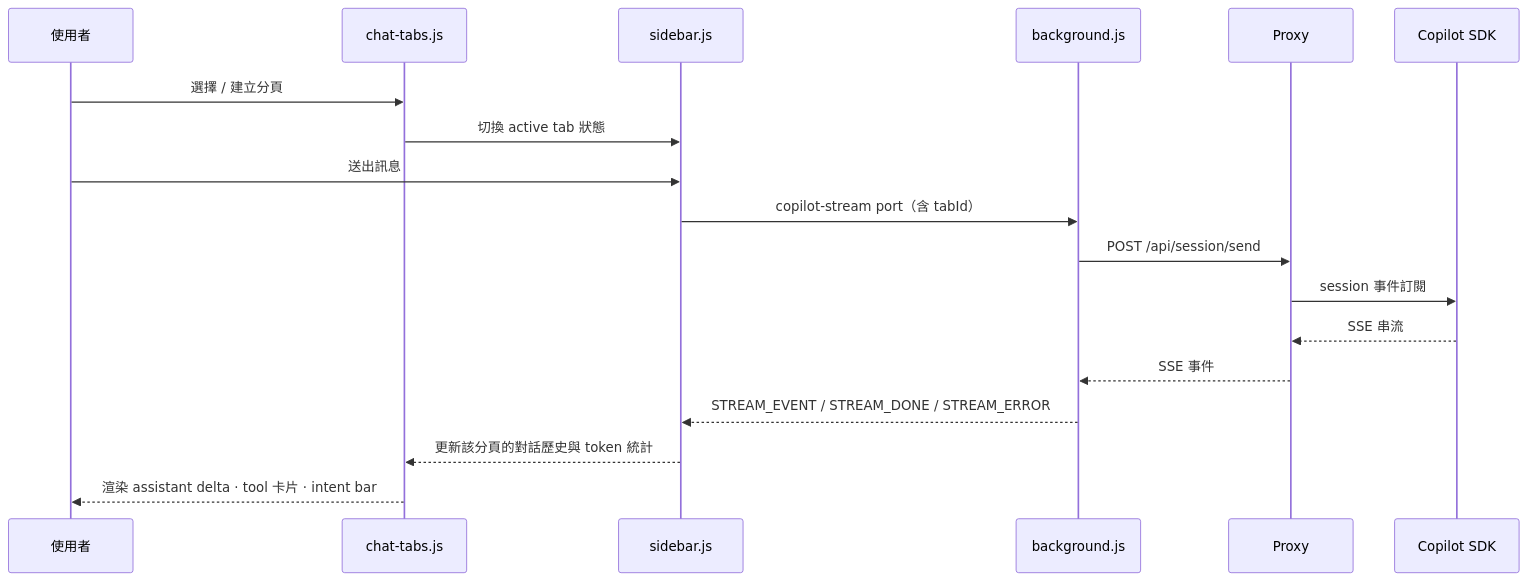
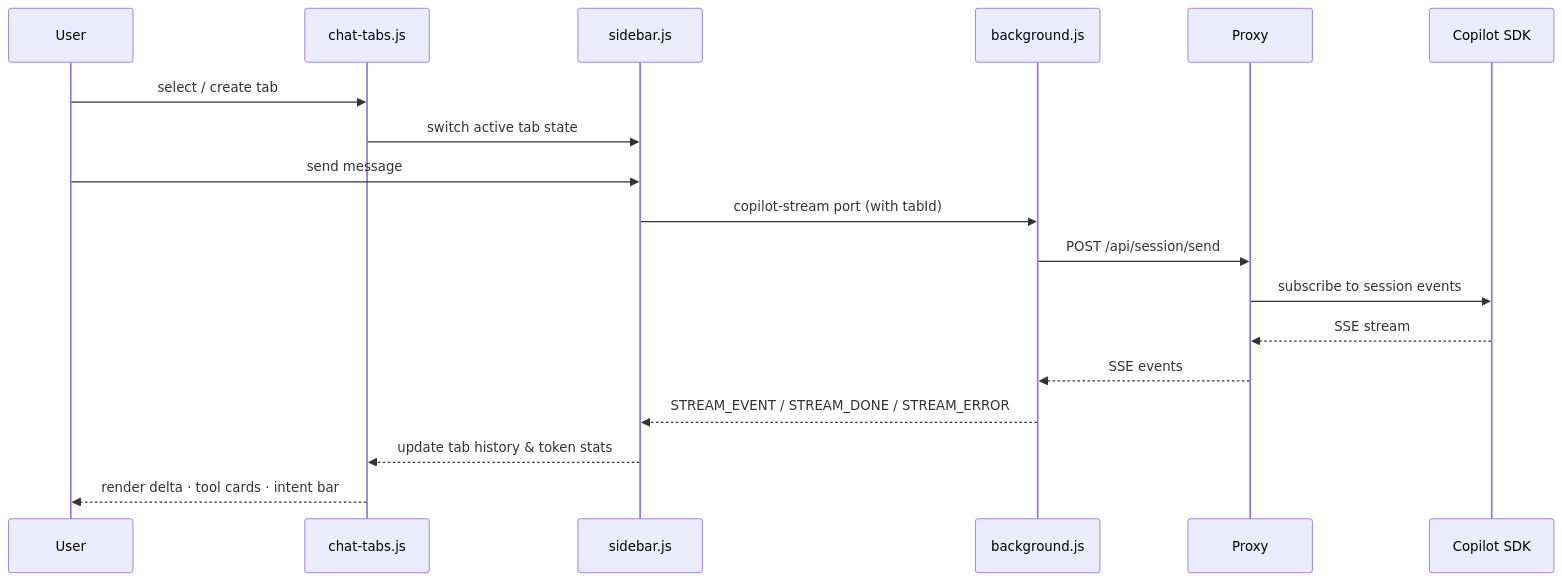
The fourth of 9 diagrams in docs/architecture.md (payton-chou-ms/browser-ext-for-iq-agent), drawn with Mermaid before and after one commit. The commit also changed other lines of this file and 80 other files, not shown here.

````diff
--- a/docs/architecture.md
+++ b/docs/architecture.md
@@ -221,21 +223,21 @@
 ```mermaid
 sequenceDiagram
-  participant U as 使用者
+  participant User
   participant TAB as chat-tabs.js
   participant SB as sidebar.js
   participant BG as background.js
   participant PX as Proxy
   participant SDK as Copilot SDK
 
-  U->>TAB: 選擇 / 建立分頁
-  TAB->>SB: 切換 active tab 狀態
-  U->>SB: 送出訊息
-  SB->>BG: copilot-stream port（含 tabId）
-  BG->>PX: POST /api/session/send
-  PX->>SDK: session 事件訂閱
-  SDK-->>PX: SSE 串流
-  PX-->>BG: SSE 事件
-  BG-->>SB: STREAM_EVENT / STREAM_DONE / STREAM_ERROR
-  SB-->>TAB: 更新該分頁的對話歷史與 token 統計
-  TAB-->>U: 渲染 assistant delta · tool 卡片 · intent bar
+  User ->> TAB: select / create tab
+  TAB ->> SB: switch active tab state
+  User ->> SB: send message
+  SB ->> BG: copilot-stream port (with tabId)
+  BG ->> PX: POST /api/session/send
+  PX ->> SDK: subscribe to session events
+  SDK -->> PX: SSE stream
+  PX -->> BG: SSE events
+  BG -->> SB: STREAM_EVENT / STREAM_DONE / STREAM_ERROR
+  SB -->> TAB: update tab history & token stats
+  TAB -->> User: render delta · tool cards · intent bar
 ```
````
